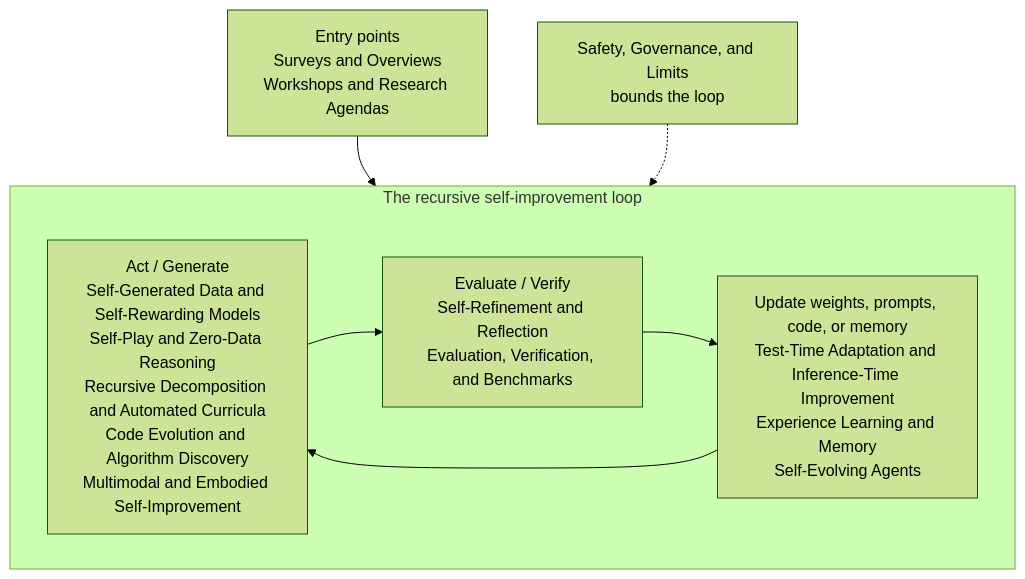
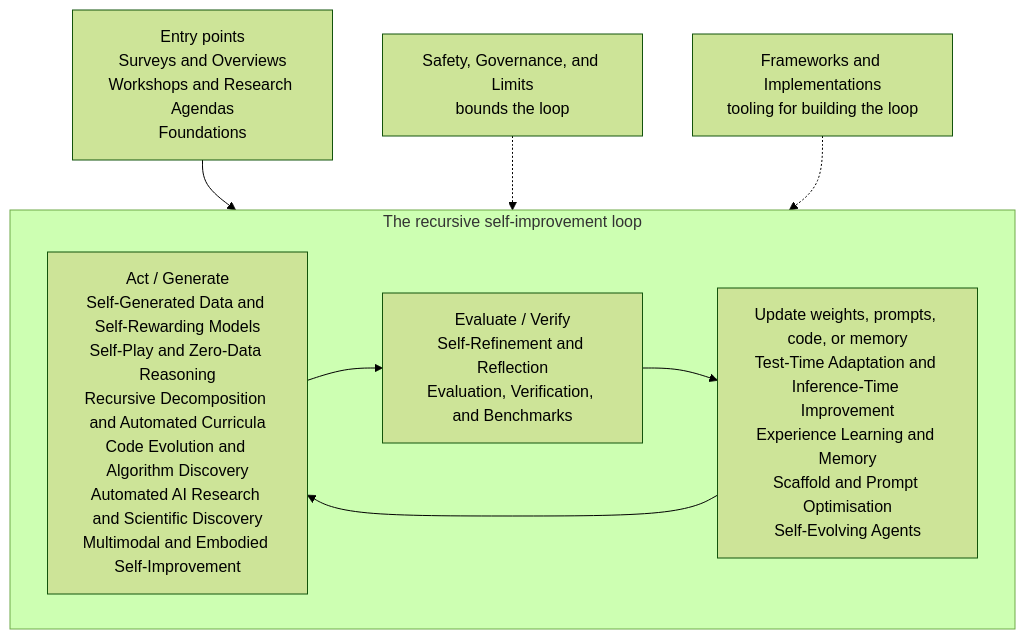
One commit to natnew/awesome-recursive-self-improvement changed the diagram in README.md. Above: the diagram before and after it, drawn with Mermaid (forest theme). The commit also changed other lines of this file and 7 other files, not shown here.

````diff
--- a/README.md
+++ b/README.md
@@ -36,11 +43,12 @@
 ```mermaid
 flowchart TD
-    entry["Entry points<br/>Surveys and Overviews<br/>Workshops and Research Agendas"] --> loop
+    entry["Entry points<br/>Surveys and Overviews<br/>Workshops and Research Agendas<br/>Foundations"] --> loop
     subgraph loop["The recursive self-improvement loop"]
-        act["Act / Generate<br/>Self-Generated Data and Self-Rewarding Models<br/>Self-Play and Zero-Data Reasoning<br/>Recursive Decomposition and Automated Curricula<br/>Code Evolution and Algorithm Discovery<br/>Multimodal and Embodied Self-Improvement"]
+        act["Act / Generate<br/>Self-Generated Data and Self-Rewarding Models<br/>Self-Play and Zero-Data Reasoning<br/>Recursive Decomposition and Automated Curricula<br/>Code Evolution and Algorithm Discovery<br/>Automated AI Research and Scientific Discovery<br/>Multimodal and Embodied Self-Improvement"]
         evaluate["Evaluate / Verify<br/>Self-Refinement and Reflection<br/>Evaluation, Verification, and Benchmarks"]
-        update["Update weights, prompts, code, or memory<br/>Test-Time Adaptation and Inference-Time Improvement<br/>Experience Learning and Memory<br/>Self-Evolving Agents"]
+        update["Update weights, prompts, code, or memory<br/>Test-Time Adaptation and Inference-Time Improvement<br/>Experience Learning and Memory<br/>Scaffold and Prompt Optimisation<br/>Self-Evolving Agents"]
         act --> evaluate --> update --> act
     end
     safety["Safety, Governance, and Limits<br/>bounds the loop"] -.-> loop
+    tools["Frameworks and Implementations<br/>tooling for building the loop"] -.-> loop
 ```
````
